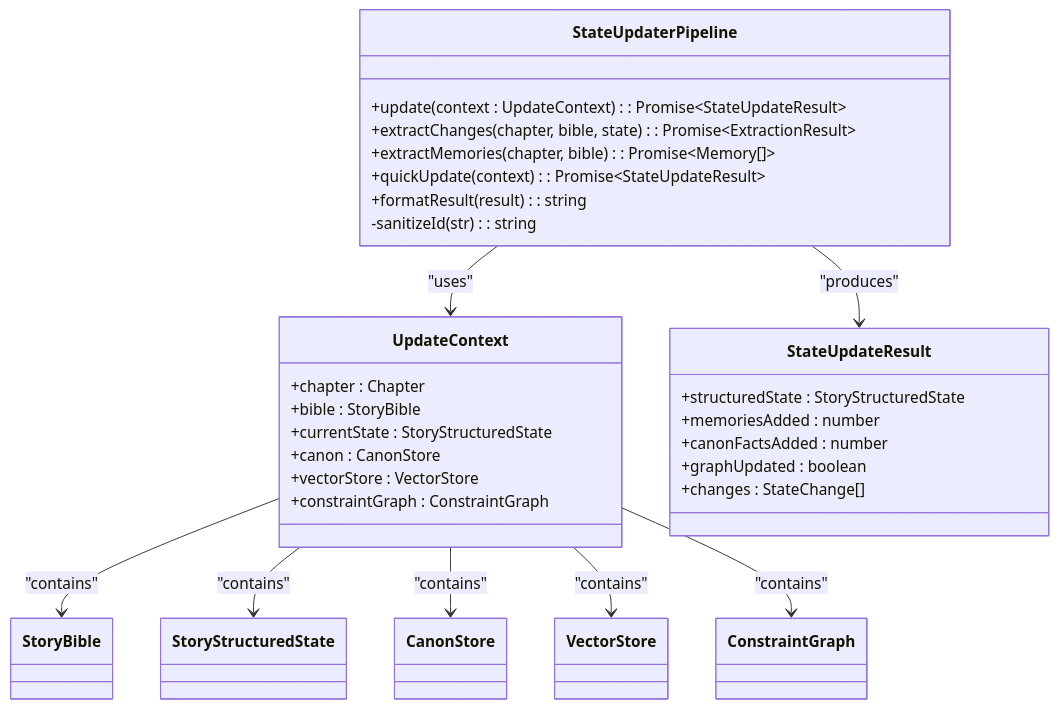
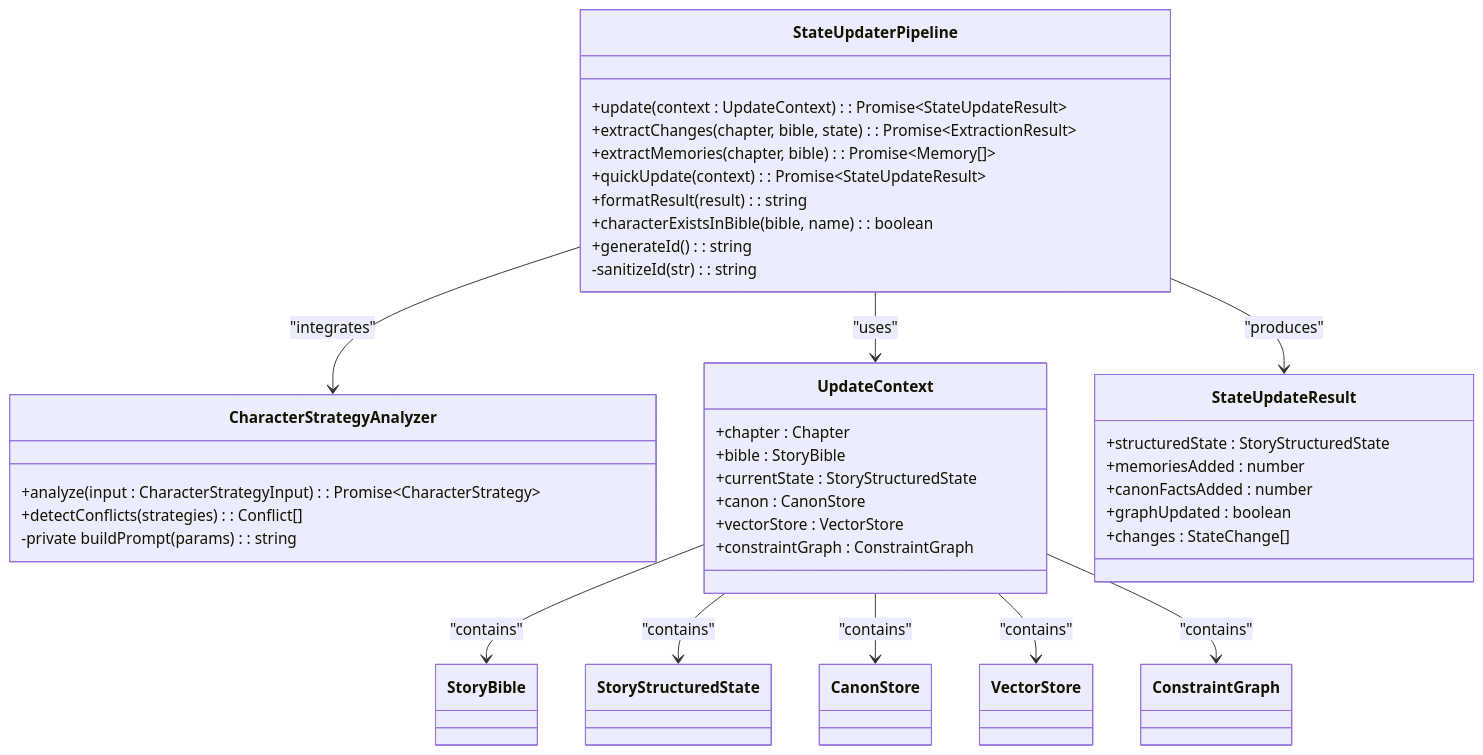
The third of 10 diagrams in .qoder/repowiki/en/content/Memory Management System/StateUpdater Pipeline.md (liwonder/NARRITIVE_OS), drawn with Mermaid before and after one commit. The commit also changed other lines of this file and 15 other files, not shown here.

First line of the commit message:
Add CharacterStrategyAnalyzer and pipeline updates

````diff
--- a/.qoder/repowiki/en/content/Memory Management System/StateUpdater Pipeline.md
+++ b/.qoder/repowiki/en/content/Memory Management System/StateUpdater Pipeline.md
@@ -151,33 +178,41 @@
 ```mermaid
 classDiagram
 class StateUpdaterPipeline {
 +update(context : UpdateContext) : Promise~StateUpdateResult~
 +extractChanges(chapter, bible, state) : Promise~ExtractionResult~
 +extractMemories(chapter, bible) : Promise~Memory[]~
 +quickUpdate(context) : Promise~StateUpdateResult~
 +formatResult(result) : string
++characterExistsInBible(bible, name) : boolean
++generateId() : string
 -sanitizeId(str) : string
+}
+class CharacterStrategyAnalyzer {
++analyze(input : CharacterStrategyInput) : Promise~CharacterStrategy~
++detectConflicts(strategies) : Conflict[]
+-private buildPrompt(params) : string
 }
 class UpdateContext {
 +chapter : Chapter
 +bible : StoryBible
 +currentState : StoryStructuredState
 +canon : CanonStore
 +vectorStore : VectorStore
 +constraintGraph : ConstraintGraph
 }
 class StateUpdateResult {
 +structuredState : StoryStructuredState
 +memoriesAdded : number
 +canonFactsAdded : number
 +graphUpdated : boolean
 +changes : StateChange[]
 }
 StateUpdaterPipeline --> UpdateContext : "uses"
 StateUpdaterPipeline --> StateUpdateResult : "produces"
+StateUpdaterPipeline --> CharacterStrategyAnalyzer : "integrates"
 UpdateContext --> StoryBible : "contains"
 UpdateContext --> StoryStructuredState : "contains"
 UpdateContext --> CanonStore : "contains"
 UpdateContext --> VectorStore : "contains"
 UpdateContext --> ConstraintGraph : "contains"
 ```
````
